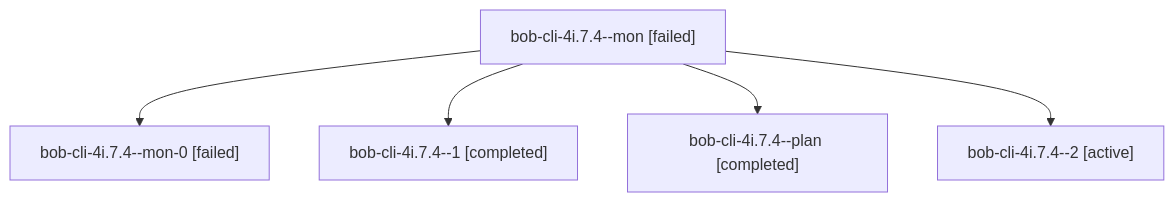
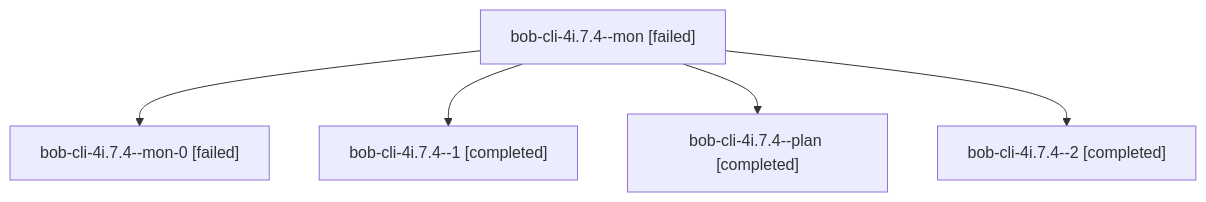
Before and after one commit to bobs-org/bob-cli--agents: the diagram in sessions/bbugyi200.apollo.bob-cli-4i.7.4.md, drawn with Mermaid. The commit also changed other lines of this file and 62 other files, not shown here.

````diff
--- a/sessions/bbugyi200.apollo.bob-cli-4i.7.4.md
+++ b/sessions/bbugyi200.apollo.bob-cli-4i.7.4.md
@@ -9,12 +9,12 @@
 ```mermaid
 flowchart TD
   n0["bob-cli-4i.7.4--mon [failed]"]
   n1["bob-cli-4i.7.4--mon-0 [failed]"]
   n0 --> n1
   n2["bob-cli-4i.7.4--1 [completed]"]
   n0 --> n2
   n3["bob-cli-4i.7.4--plan [completed]"]
   n0 --> n3
-  n4["bob-cli-4i.7.4--2 [active]"]
+  n4["bob-cli-4i.7.4--2 [completed]"]
   n0 --> n4
 ```
````
